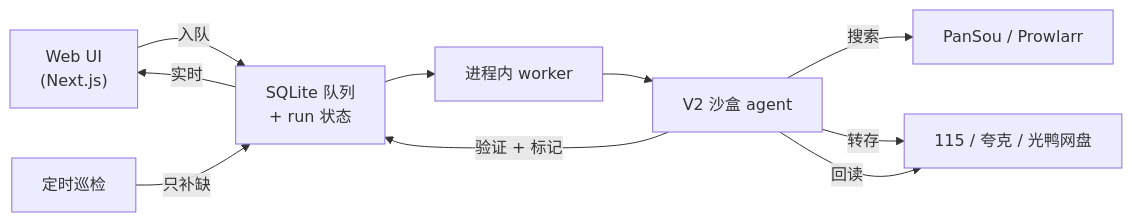
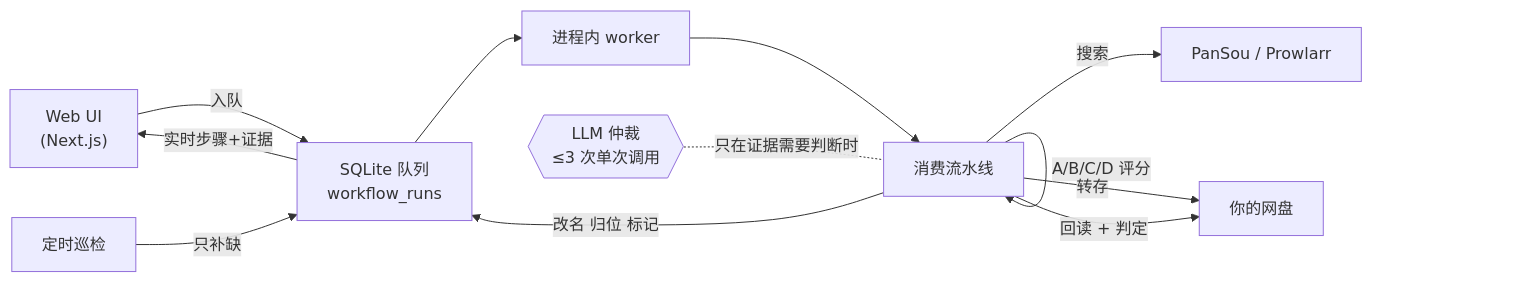
The diagram in README.zh-CN.md (CodeByZack/mediary-scout), drawn with Mermaid before and after one commit. The commit also changed other lines of this file and 93 other files, not shown here.

````diff
--- a/README.zh-CN.md
+++ b/README.zh-CN.md
@@ -78,12 +120,14 @@
 ```mermaid
 flowchart LR
-    UI["Web UI<br/>(Next.js)"] -->|入队| Q["SQLite 队列<br/>+ run 状态"]
+    UI["Web UI<br/>(Next.js)"] -->|入队| Q["SQLite 队列<br/>workflow_runs"]
     Q --> W["进程内 worker"]
-    W --> AG["V2 沙盒 agent"]
-    AG -->|搜索| SRC["PanSou / Prowlarr"]
-    AG -->|转存| DR["115 / 夸克 / 光鸭网盘"]
-    AG -->|回读| DR
-    AG -->|验证 + 标记| Q
-    Q -->|实时| UI
+    W --> P["消费流水线"]
+    P -->|搜索| SRC["PanSou / Prowlarr"]
+    P -->|A/B/C/D 评分| P
+    P -->|转存| DR["你的网盘"]
+    P -->|回读 + 判定| DR
+    P -->|改名 归位 标记| Q
+    AI{{"LLM 仲裁<br/>≤3 次单次调用"}} -.只在证据需要判断时.- P
+    Q -->|实时步骤+证据| UI
     CRON["定时巡检"] -->|只补缺| Q
 ```
````
